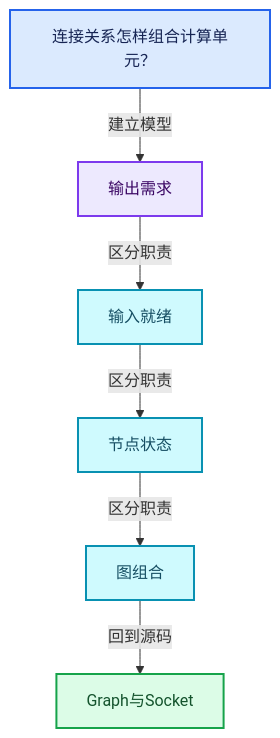
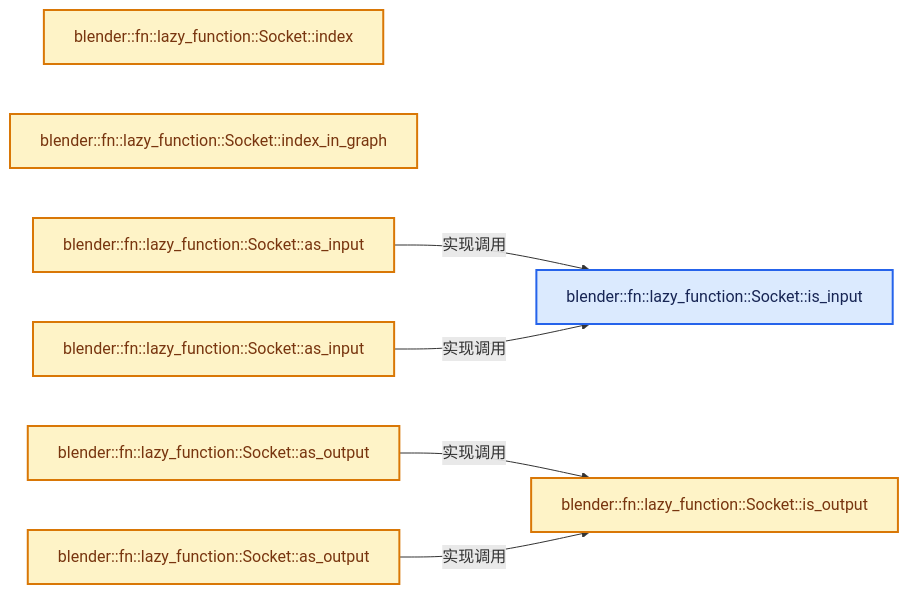
The second of 4 diagrams in 杂/markdown/全面学习-codex/09-LazyFunction与节点执行架构/05-Graph与Socket.md (yunkezengren/blender-.vscode), drawn with Mermaid before and after one commit. The commit also changed other lines of this file and 1930 other files, not shown here.

````diff
--- a/杂/markdown/全面学习-codex/09-LazyFunction与节点执行架构/05-Graph与Socket.md
+++ b/杂/markdown/全面学习-codex/09-LazyFunction与节点执行架构/05-Graph与Socket.md
@@ -61,20 +46,21 @@
 ```mermaid
-flowchart TB
-  Q["连接关系怎样组合计算单元？"]:::input
-  C0["输出需求"]:::abstraction
-  C1["输入就绪"]:::data
-  C2["节点状态"]:::data
-  C3["图组合"]:::data
-  R["Graph与Socket"]:::result
-  Q -->|"建立模型"| C0
-  C0 -->|"区分职责"| C1
-  C1 -->|"区分职责"| C2
-  C2 -->|"区分职责"| C3
-  C3 -->|"回到源码"| R
+flowchart LR
+  F0["blender::fn::lazy_function::Socket::is_input"]:::input
+  F1["blender::fn::lazy_function::Socket::is_output"]:::compute
+  F2["blender::fn::lazy_function::Socket::index"]:::compute
+  F3["blender::fn::lazy_function::Socket::index_in_graph"]:::compute
+  F4["blender::fn::lazy_function::Socket::as_input"]:::compute
+  F5["blender::fn::lazy_function::Socket::as_output"]:::compute
+  F6["blender::fn::lazy_function::Socket::as_input"]:::compute
+  F7["blender::fn::lazy_function::Socket::as_output"]:::compute
+  F4 -->|"实现调用"| F0
+  F5 -->|"实现调用"| F1
+  F6 -->|"实现调用"| F0
+  F7 -->|"实现调用"| F1
   classDef input fill:#DBEAFE,stroke:#2563EB,color:#172554,stroke-width:2px;
   classDef data fill:#CFFAFE,stroke:#0891B2,color:#164E63,stroke-width:2px;
   classDef abstraction fill:#EDE9FE,stroke:#7C3AED,color:#3B0764,stroke-width:2px;
   classDef compute fill:#FEF3C7,stroke:#D97706,color:#78350F,stroke-width:2px;
   classDef result fill:#DCFCE7,stroke:#16A34A,color:#14532D,stroke-width:2px;
   classDef error fill:#FEE2E2,stroke:#DC2626,color:#7F1D1D,stroke-width:2px;
 ```
````
